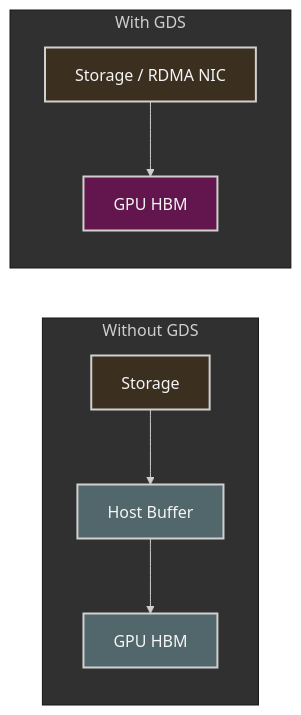
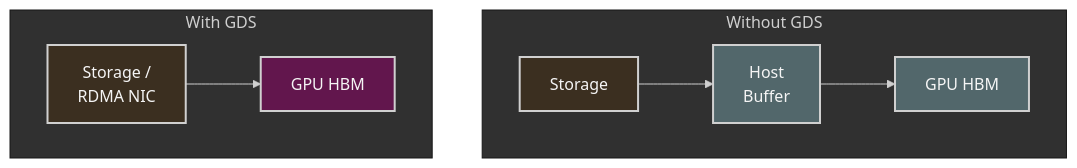
One commit to ziwon/ai-data-center-network changed the seventh of 16 diagrams in systems-performance/chap05/README.md. Above: the diagram before and after it, drawn with Mermaid. The commit also changed other lines of this file, not shown here.

Commit message:
docs(chap05): align formatting and fix Mermaid labels

````diff
--- a/systems-performance/chap05/README.md
+++ b/systems-performance/chap05/README.md
@@ -475,19 +475,19 @@
 ```mermaid
 %%{init: {"theme": "base", "themeVariables": {"background": "#171717", "primaryColor": "#232323", "primaryTextColor": "#f5f5f5", "primaryBorderColor": "#d0d0d0", "lineColor": "#cfcfcf", "fontFamily": "Inter, Arial, sans-serif"}}}%%
-flowchart LR
-    subgraph WithoutGDS[Without GDS]
-        D1[Storage] --> H1[Host Buffer] --> G1[GPU HBM]
+flowchart TB
+    subgraph WithoutGDS["Without GDS"]
+        D1[Storage] --> H1[Host<br/>Buffer] --> G1[GPU HBM]
     end
 
-    subgraph WithGDS[With GDS]
-        D2[Storage / RDMA NIC] --> G2[GPU HBM]
+    subgraph WithGDS["With GDS"]
+        D2[Storage /<br/>RDMA NIC] --> G2[GPU HBM]
     end
 
     classDef primary fill:#232323,stroke:#d0d0d0,color:#f5f5f5,stroke-width:2px;
     classDef secondary fill:#3b2f20,stroke:#d0d0d0,color:#f5f5f5,stroke-width:2px;
     classDef note fill:#52676b,stroke:#d0d0d0,color:#f5f5f5,stroke-width:2px;
     classDef accent fill:#62164d,stroke:#d0d0d0,color:#f5f5f5,stroke-width:2px;
     class D1,D2 secondary
     class H1,G1 note
     class G2 accent
 ```
````
